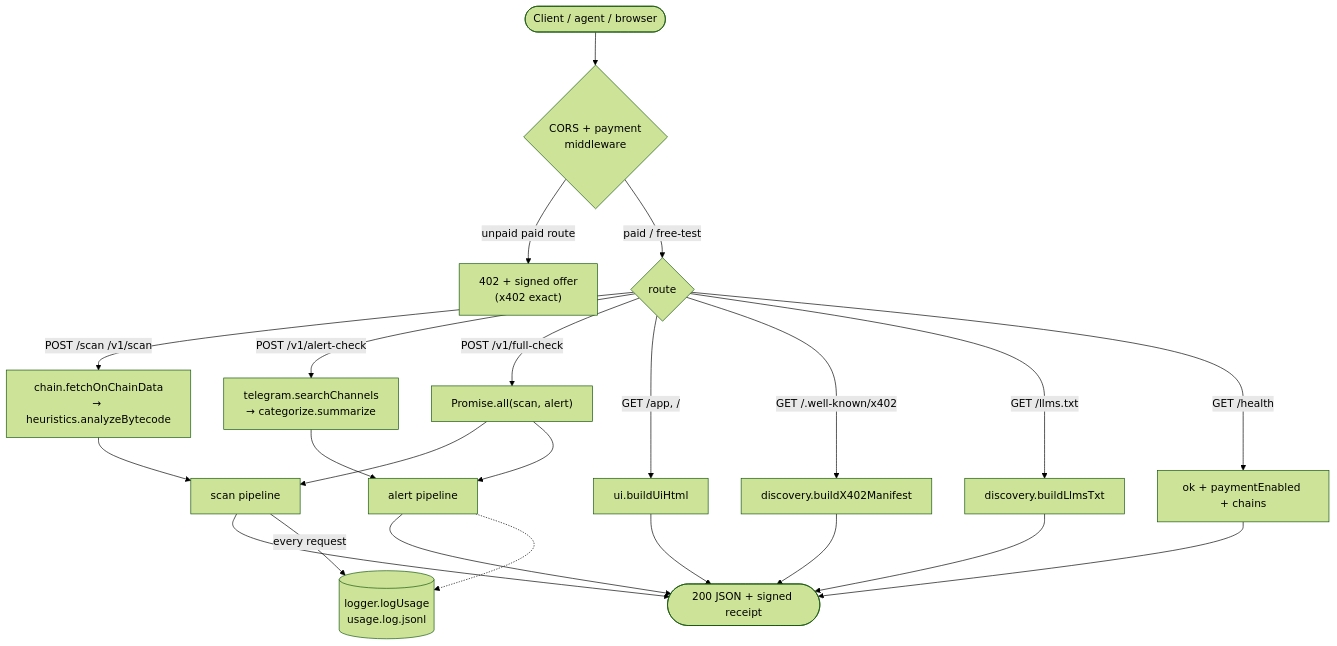
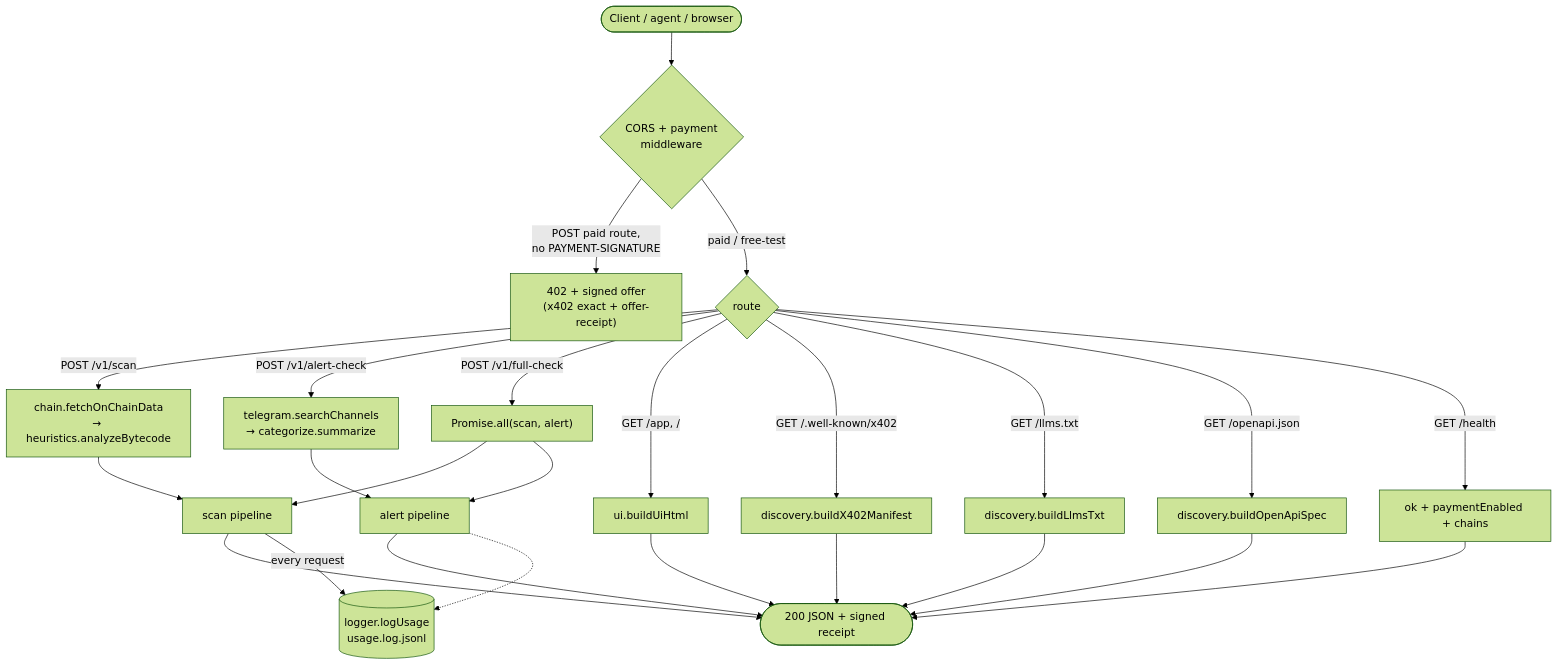
Before and after one commit to freesultan/contract-risk-api: the second of 2 diagrams in README.md, drawn with Mermaid (forest theme). The commit also changed other lines of this file and 4 other files, not shown here.

Commit message:
add openai.json and remove /scan

````diff
--- a/README.md
+++ b/README.md
@@ -75,29 +80,30 @@
 ```mermaid
 flowchart TD
     REQ([Client / agent / browser]) --> MW{CORS + payment<br/>middleware}
-    MW -->|unpaid paid route| P402["402 + signed offer<br/>(x402 exact)"]
+    MW -->|POST paid route,<br/>no PAYMENT-SIGNATURE| P402["402 + signed offer<br/>(x402 exact + offer-receipt)"]
     MW -->|paid / free-test| ROUTE{route}
 
-    ROUTE -->|POST /scan /v1/scan| S1["chain.fetchOnChainData<br/>→ heuristics.analyzeBytecode"]
+    ROUTE -->|POST /v1/scan| S1["chain.fetchOnChainData<br/>→ heuristics.analyzeBytecode"]
     ROUTE -->|POST /v1/alert-check| A1["telegram.searchChannels<br/>→ categorize.summarize"]
     ROUTE -->|POST /v1/full-check| F1["Promise.all(scan, alert)"]
     ROUTE -->|GET /app, /| U1["ui.buildUiHtml"]
     ROUTE -->|GET /.well-known/x402| D1["discovery.buildX402Manifest"]
     ROUTE -->|GET /llms.txt| D2["discovery.buildLlmsTxt"]
+    ROUTE -->|GET /openapi.json| D3["discovery.buildOpenApiSpec"]
     ROUTE -->|GET /health| H1["ok + paymentEnabled + chains"]
 
     S1 --> BLK["scan pipeline"]
     A1 --> BLK2["alert pipeline"]
     F1 --> BLK
     F1 --> BLK2
     BLK --> OUT([200 JSON + signed receipt])
     BLK2 --> OUT
     U1 --> OUT
     D1 --> OUT
     D2 --> OUT
+    D3 --> OUT
     H1 --> OUT
 
     BLK -->|every request| LOG[("logger.logUsage<br/>usage.log.jsonl")]
     BLK2 -.-> LOG
-
 ```
````
